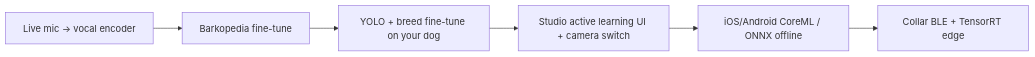
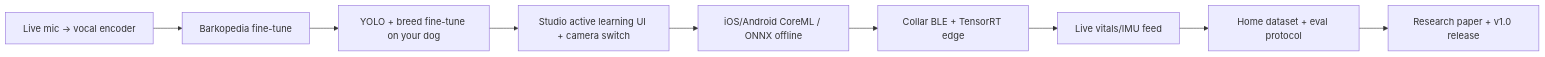
One commit to Team-Deepiri/deepiri-aarflingo changed the diagram in docs/ROADMAP.md. Above: the diagram before and after it, drawn with Mermaid. The commit also changed other lines of this file, not shown here.

First line of the commit message:
docs(roadmap): extend through v1.0 completion and research paper

````diff
--- a/docs/ROADMAP.md
+++ b/docs/ROADMAP.md
@@ -165,8 +265,11 @@
 ```mermaid
 flowchart LR
   A[Live mic → vocal encoder] --> B[Barkopedia fine-tune]
   B --> C[YOLO + breed fine-tune on your dog]
   C --> D[Studio active learning UI + camera switch]
   D --> E[iOS/Android CoreML / ONNX offline]
   E --> F[Collar BLE + TensorRT edge]
+  F --> G[Live vitals/IMU feed]
+  G --> H[Home dataset + eval protocol]
+  H --> I[Research paper + v1.0 release]
 ```
````
